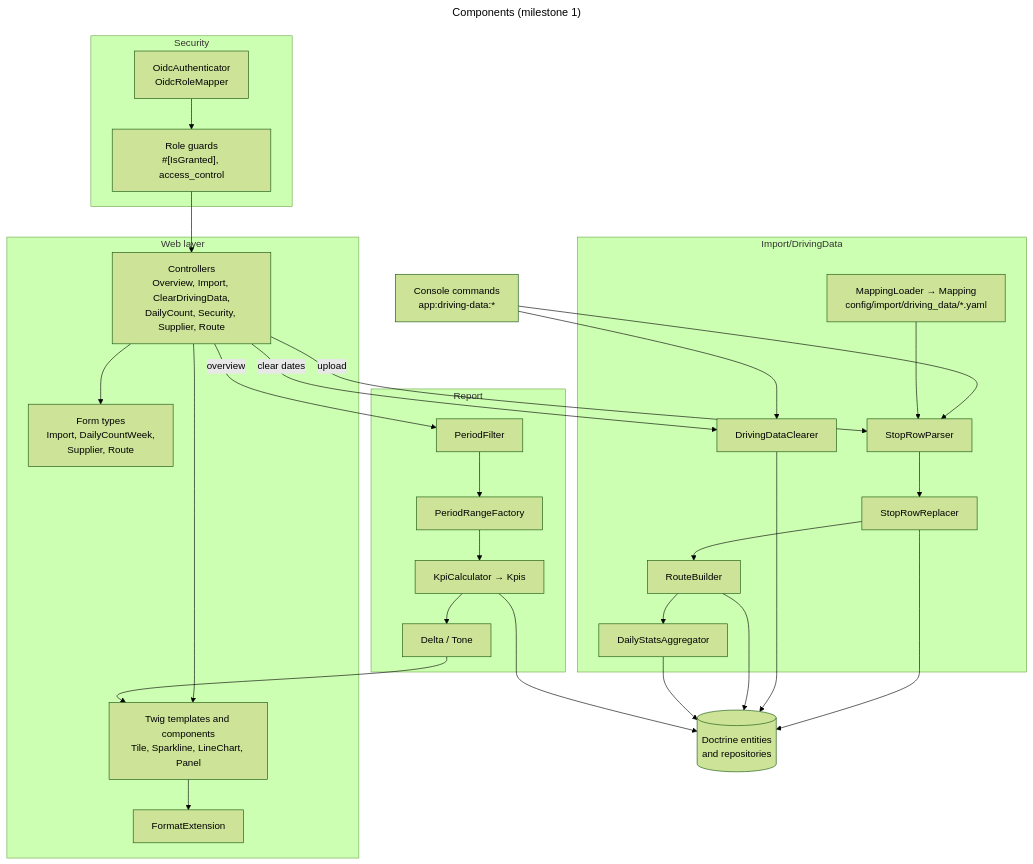
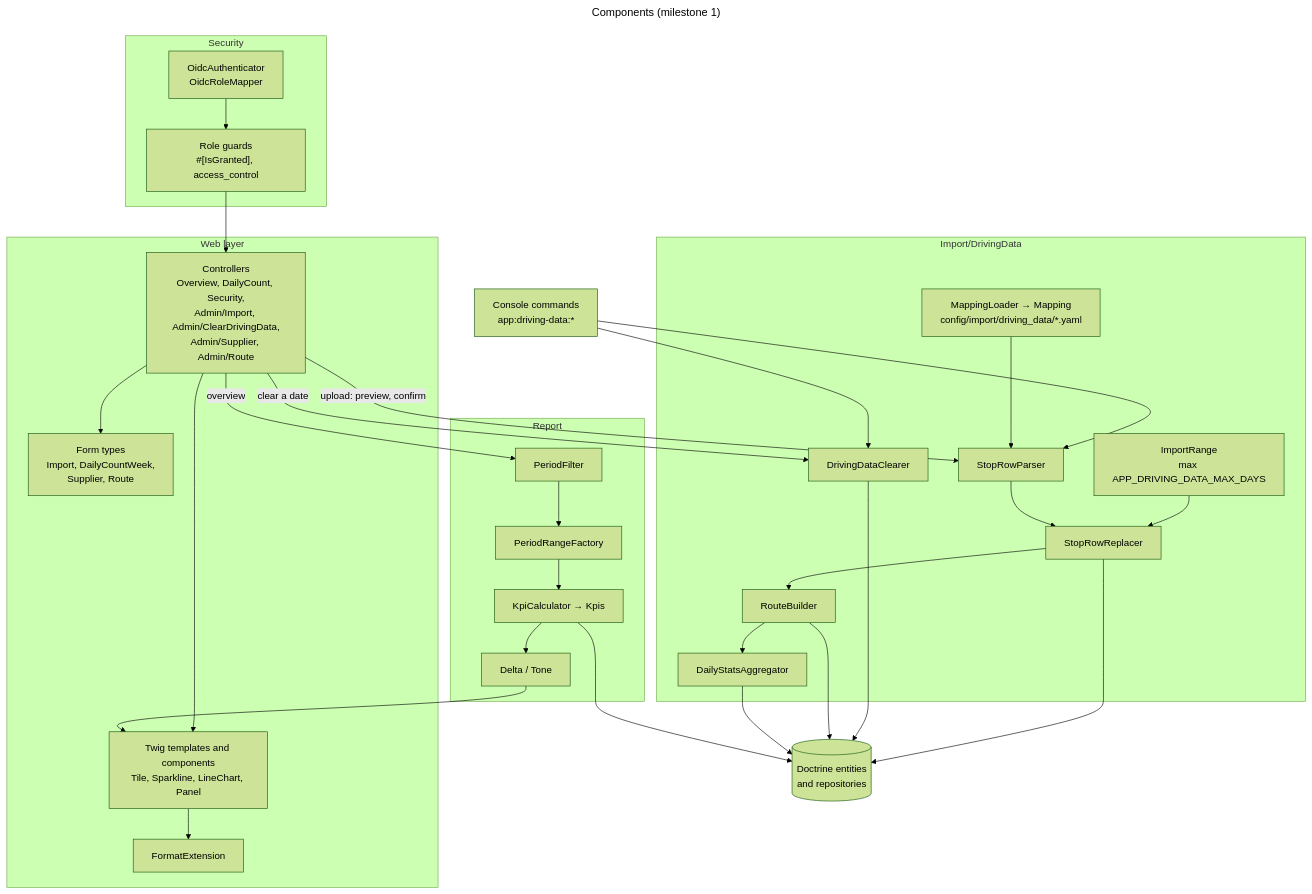
One commit to itk-dev/koerselsoverblik changed the diagram in docs/diagrams/components.mmd. Above: the diagram before and after it, drawn with Mermaid (forest theme). The commit also changed 7 other files, not shown here.

First line of the commit message:
docs: update the context, components, data model and upload diagrams

```diff
--- a/docs/diagrams/components.mmd
+++ b/docs/diagrams/components.mmd
@@ -1,55 +1,57 @@
 ---
 title: Components (milestone 1)
 ---
 flowchart TB
     subgraph web["Web layer"]
-        controllers["Controllers<br/>Overview, Import, ClearDrivingData,<br/>DailyCount, Security, Supplier, Route"]
+        controllers["Controllers<br/>Overview, DailyCount, Security,<br/>Admin/Import, Admin/ClearDrivingData,<br/>Admin/Supplier, Admin/Route"]
         forms["Form types<br/>Import, DailyCountWeek,<br/>Supplier, Route"]
         twig["Twig templates and components<br/>Tile, Sparkline, LineChart, Panel"]
         format["FormatExtension"]
     end
 
     subgraph security["Security"]
         authenticators["OidcAuthenticator<br/>OidcRoleMapper"]
         guards["Role guards<br/>#[IsGranted], access_control"]
     end
 
     subgraph import["Import/DrivingData"]
         mapping["MappingLoader → Mapping<br/>config/import/driving_data/*.yaml"]
+        importrange["ImportRange<br/>max APP_DRIVING_DATA_MAX_DAYS"]
         parser["StopRowParser"]
         replacer["StopRowReplacer"]
         builder["RouteBuilder"]
         aggregator["DailyStatsAggregator"]
         clearer["DrivingDataClearer"]
     end
 
     subgraph report["Report"]
         filter["PeriodFilter"]
         periods["PeriodRangeFactory"]
         kpi["KpiCalculator → Kpis"]
         delta["Delta / Tone"]
     end
 
     commands["Console commands<br/>app:driving-data:*"]
     repositories[("Doctrine entities<br/>and repositories")]
 
     controllers --> forms
     controllers --> twig
     twig --> format
     guards --> controllers
     authenticators --> guards
 
-    controllers -- "upload" --> parser
+    controllers -- "upload: preview, confirm" --> parser
     commands --> parser
     mapping --> parser
+    importrange --> replacer
     parser --> replacer --> builder --> aggregator
     replacer --> repositories
-    controllers -- "clear dates" --> clearer
+    controllers -- "clear a date" --> clearer
     commands --> clearer
     clearer --> repositories
     builder --> repositories
     aggregator --> repositories
 
     controllers -- "overview" --> filter --> periods --> kpi
     kpi --> repositories
     kpi --> delta --> twig
```
